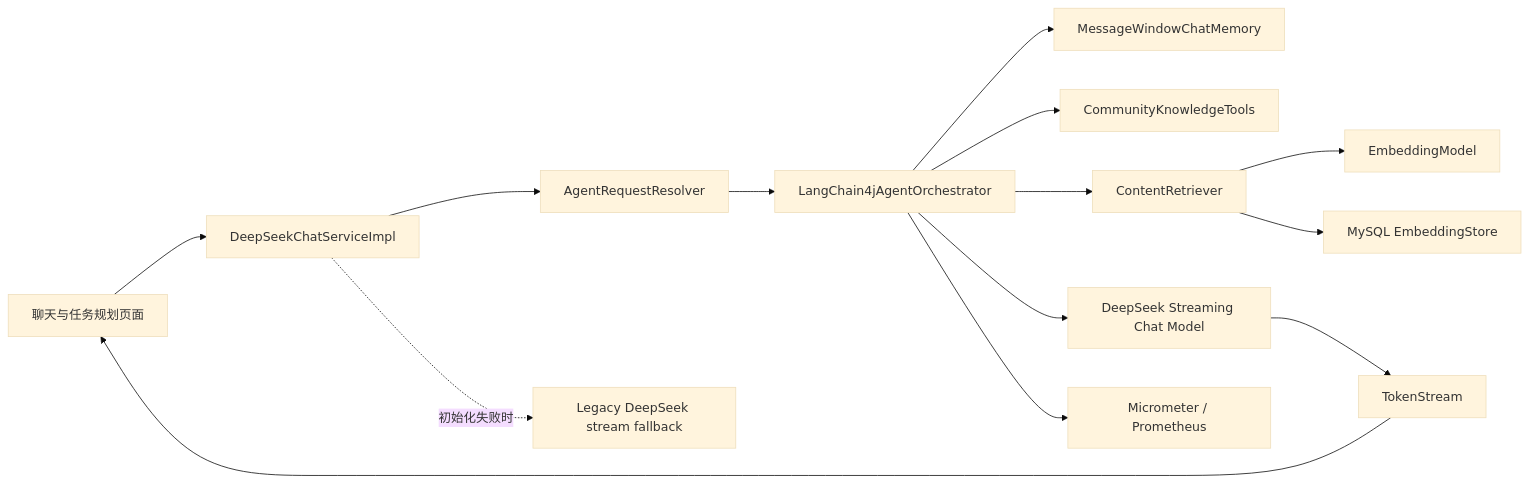
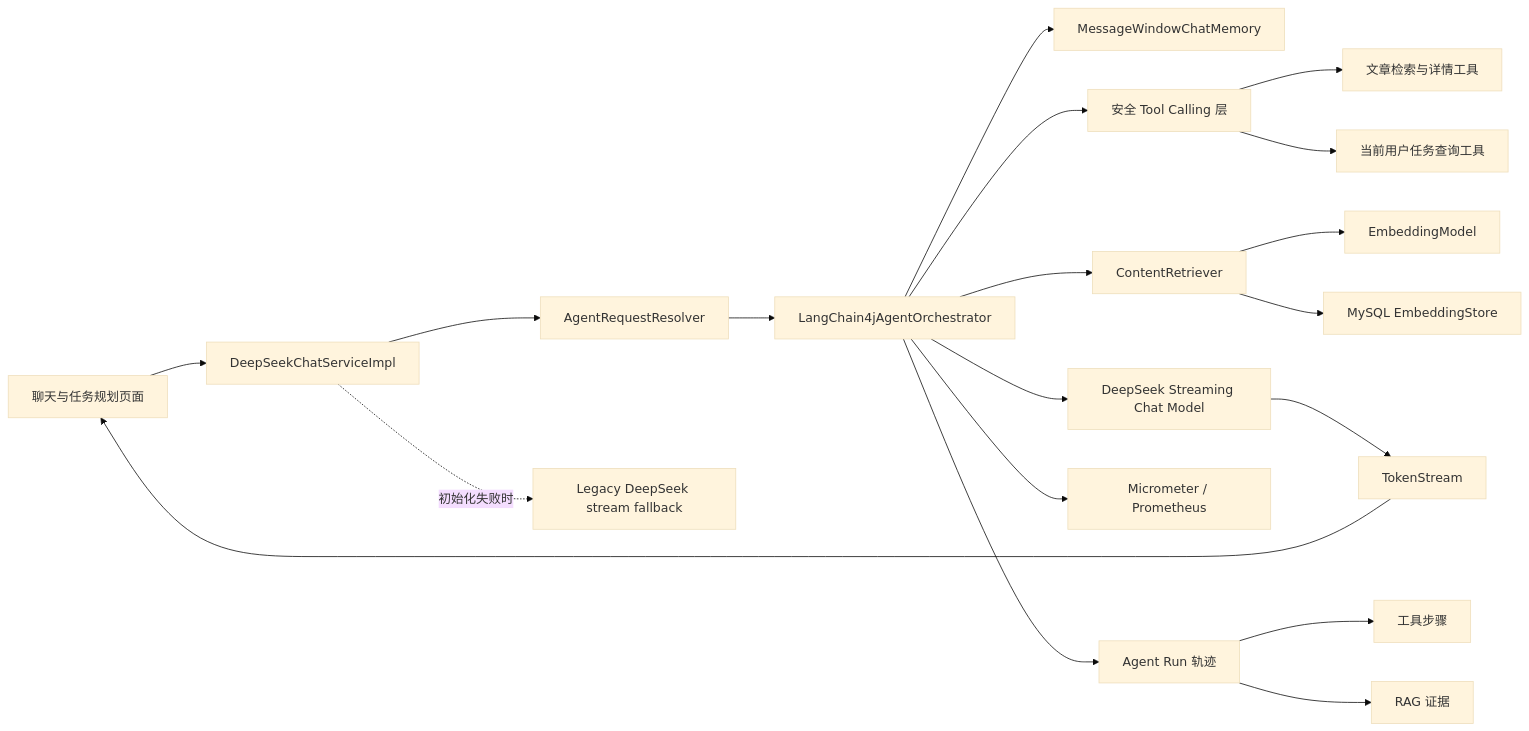
One commit to xiaoyixin3/codemate changed the diagram in codemate-docs/docs/07-CodeMate-LangChain4j-Agent.md. Above: the diagram before and after it, drawn with Mermaid (base theme). The commit also changed other lines of this file and 135 other files, not shown here.

````diff
--- a/codemate-docs/docs/07-CodeMate-LangChain4j-Agent.md
+++ b/codemate-docs/docs/07-CodeMate-LangChain4j-Agent.md
@@ -13,16 +13,21 @@
 ```mermaid
 flowchart LR
     UI[聊天与任务规划页面] --> ENTRY[DeepSeekChatServiceImpl]
     ENTRY --> ROUTER[AgentRequestResolver]
     ROUTER --> ORCH[LangChain4jAgentOrchestrator]
     ORCH --> MEMORY[MessageWindowChatMemory]
-    ORCH --> TOOLS[CommunityKnowledgeTools]
+    ORCH --> TOOLS[安全 Tool Calling 层]
+    TOOLS --> ARTICLE[文章检索与详情工具]
+    TOOLS --> TASK[当前用户任务查询工具]
     ORCH --> RAG[ContentRetriever]
     RAG --> EMB[EmbeddingModel]
     RAG --> STORE[MySQL EmbeddingStore]
     ORCH --> LLM[DeepSeek Streaming Chat Model]
     LLM --> STREAM[TokenStream]
     STREAM --> UI
     ORCH --> METRICS[Micrometer / Prometheus]
+    ORCH --> RUN[Agent Run 轨迹]
+    RUN --> STEP[工具步骤]
+    RUN --> EVIDENCE[RAG 证据]
     ENTRY -. 初始化失败时 .-> LEGACY[Legacy DeepSeek stream fallback]
 ```
````
